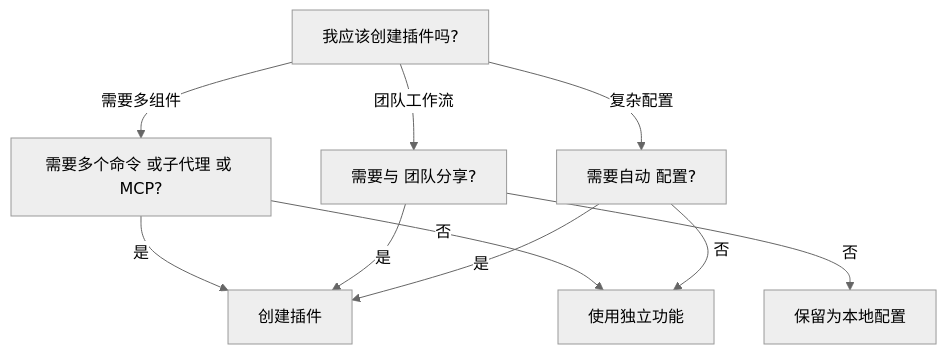
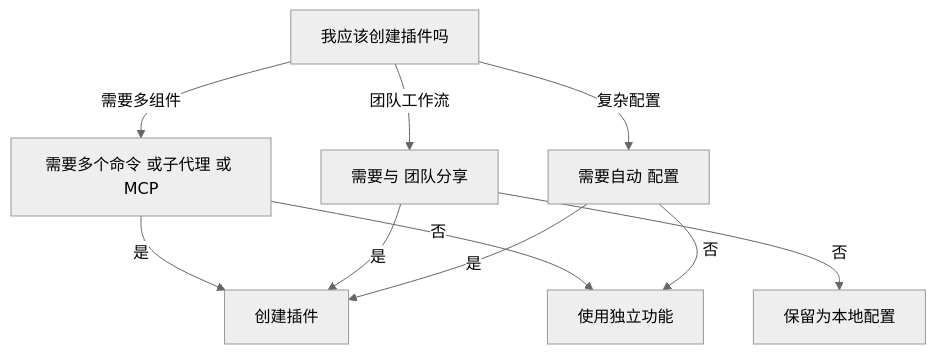
Before and after one commit to Rx782-Fss/claude-howto-zh: the fifth of 5 diagrams in claude-howto-zh/07-plugins/README.md, drawn with Mermaid (neutral theme). The commit also changed 6 other files, not shown here.

First line of the commit message:
fix: 清除 Mermaid 节点/消息中的问号(?)导致GitHub渲染失败

````diff
--- a/claude-howto-zh/07-plugins/README.md
+++ b/claude-howto-zh/07-plugins/README.md
@@ -639,13 +639,13 @@
 ```mermaid
 graph TD
-    A["我应该创建插件吗?"]
-    A -->|需要多组件| B["需要多个命令 或子代理 或 MCP?"]
+    A["我应该创建插件吗"]
+    A -->|需要多组件| B["需要多个命令 或子代理 或 MCP"]
     B -->|是| C[" 创建插件"]
     B -->|否| D["使用独立功能"]
-    A -->|团队工作流| E["需要与 团队分享?"]
+    A -->|团队工作流| E["需要与 团队分享"]
     E -->|是| C
     E -->|否| F["保留为本地配置"]
-    A -->|复杂配置| G["需要自动 配置?"]
+    A -->|复杂配置| G["需要自动 配置"]
     G -->|是| C
     G -->|否| D
 ```
````
